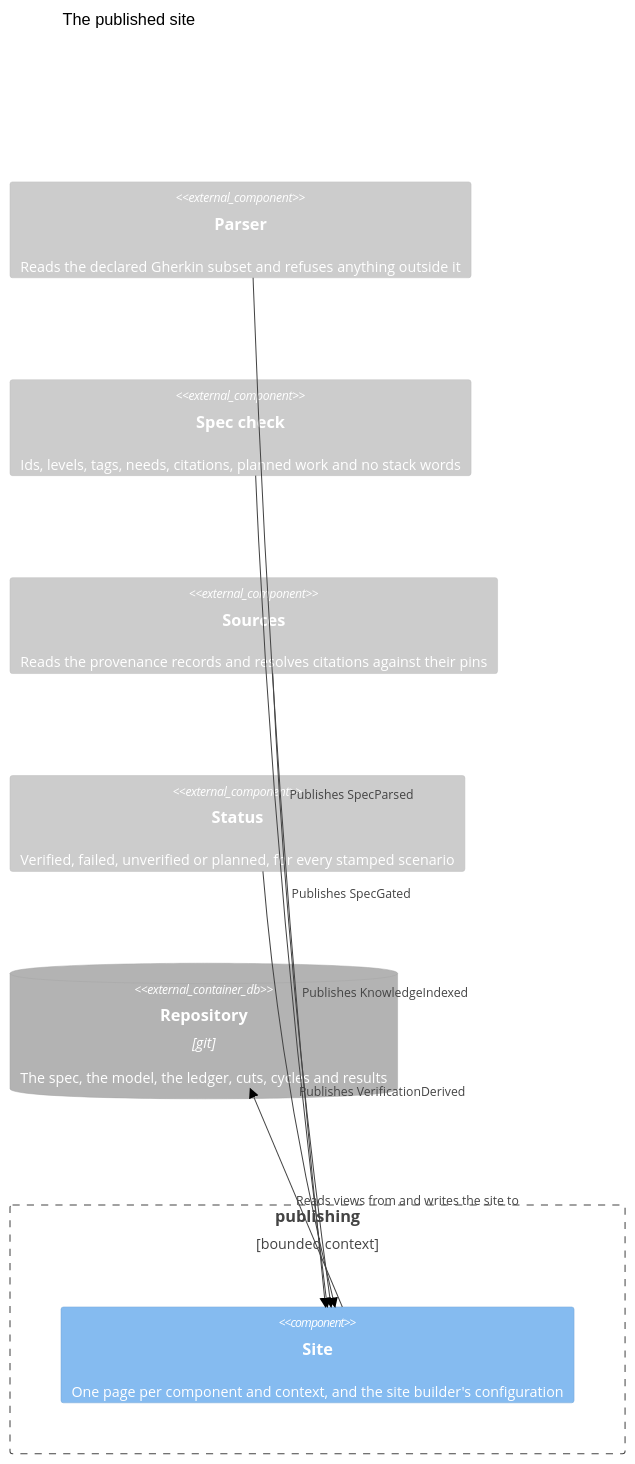
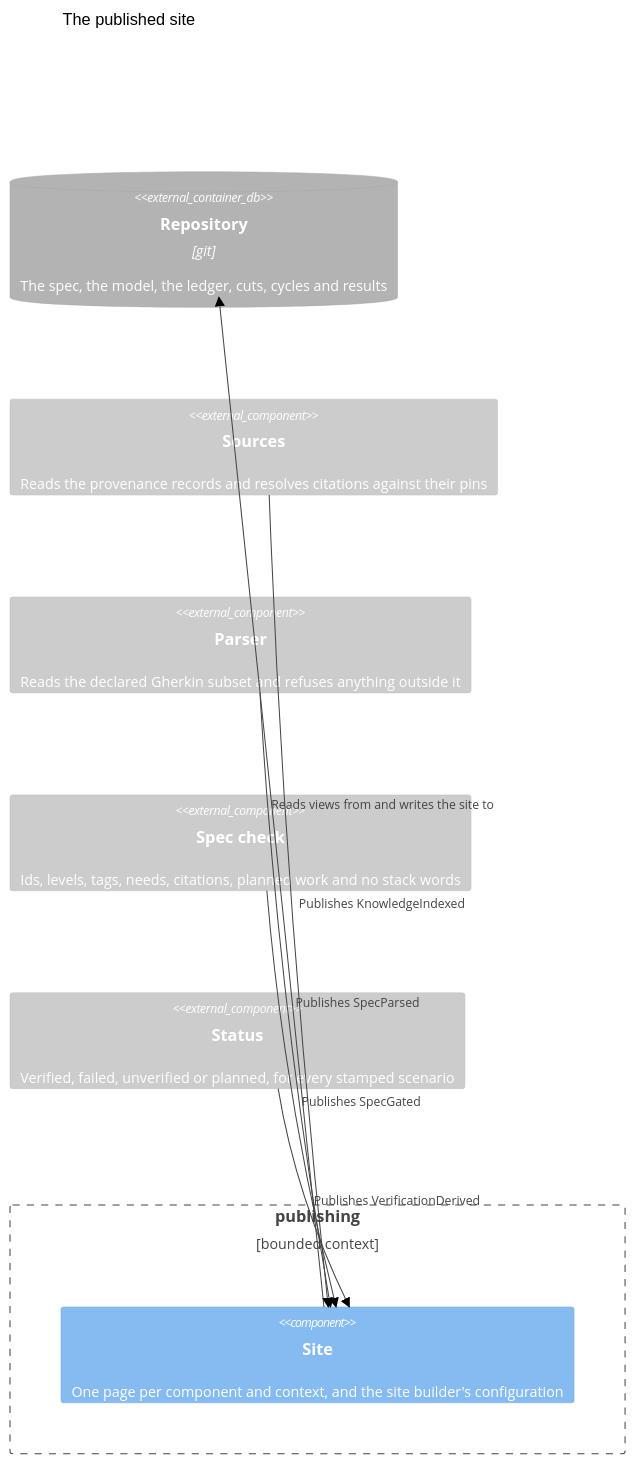
One commit to scope-impact/rdm changed the diagram in dhf/views/publishing-components.mmd. Above: the diagram before and after it, drawn with Mermaid (neutral theme). The commit also changed 43 other files, not shown here.

First line of the commit message:
Spec: verify, abstract and the project's; results in Allure's own model

```diff
--- a/dhf/views/publishing-components.mmd
+++ b/dhf/views/publishing-components.mmd
@@ -1,16 +1,16 @@
-%% model-sha256: 1932d21f8cc4404088c2a2c4cd7ca0c46881563e65f88a09f4b714211a333b0a; generated by rdm-spec views from dhf/spec/model.edn, view "publishing-components"; do not edit
+%% model-sha256: 314b0b68c147536c5f734827448d5ecb5b5d3264fd0a46bffb95e7b59b775249; generated by rdm-spec views from dhf/spec/model.edn, view "publishing-components"; do not edit
 C4Component
 title The published site
 Boundary(boundary__publishing, "publishing", "bounded context") {
   Component(publishing__site, "Site", "", "One page per component and context, and the site builder's configuration")
 }
+ContainerDb_Ext(repository, "Repository", "git", "The spec, the model, the ledger, cuts, cycles and results")
+Component_Ext(knowledge__sources, "Sources", "", "Reads the provenance records and resolves citations against their pins")
 Component_Ext(spec__parser, "Parser", "", "Reads the declared Gherkin subset and refuses anything outside it")
 Component_Ext(spec__check, "Spec check", "", "Ids, levels, tags, needs, citations, planned work and no stack words")
-Component_Ext(knowledge__sources, "Sources", "", "Reads the provenance records and resolves citations against their pins")
 Component_Ext(verification__status, "Status", "", "Verified, failed, unverified or planned, for every stamped scenario")
-ContainerDb_Ext(repository, "Repository", "git", "The spec, the model, the ledger, cuts, cycles and results")
 Rel(publishing__site, repository, "Reads views from and writes the site to")
 Rel(knowledge__sources, publishing__site, "Publishes KnowledgeIndexed")
 Rel(spec__parser, publishing__site, "Publishes SpecParsed")
 Rel(spec__check, publishing__site, "Publishes SpecGated")
 Rel(verification__status, publishing__site, "Publishes VerificationDerived")
```
